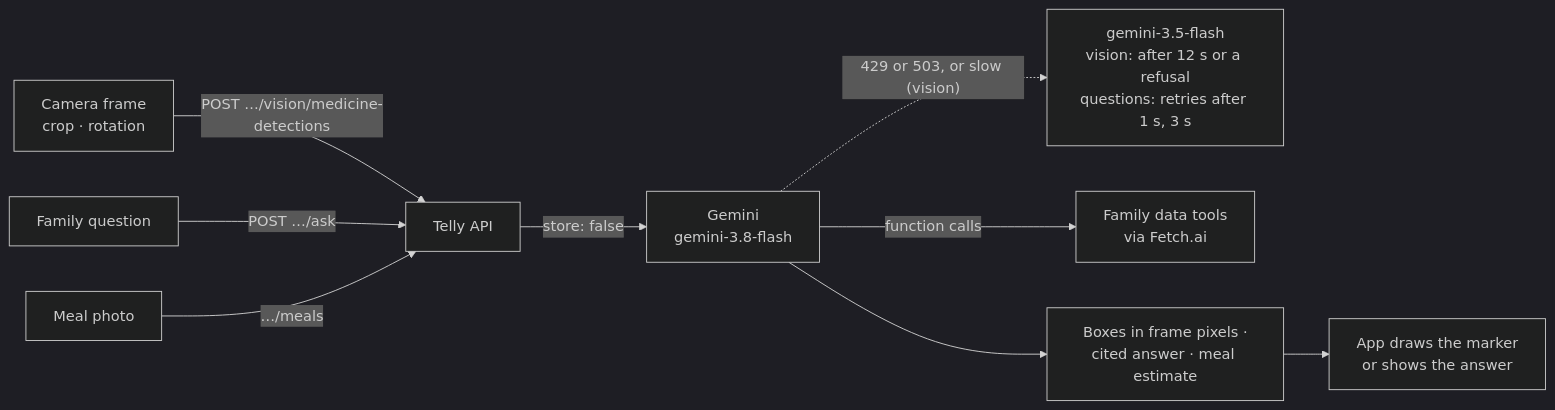
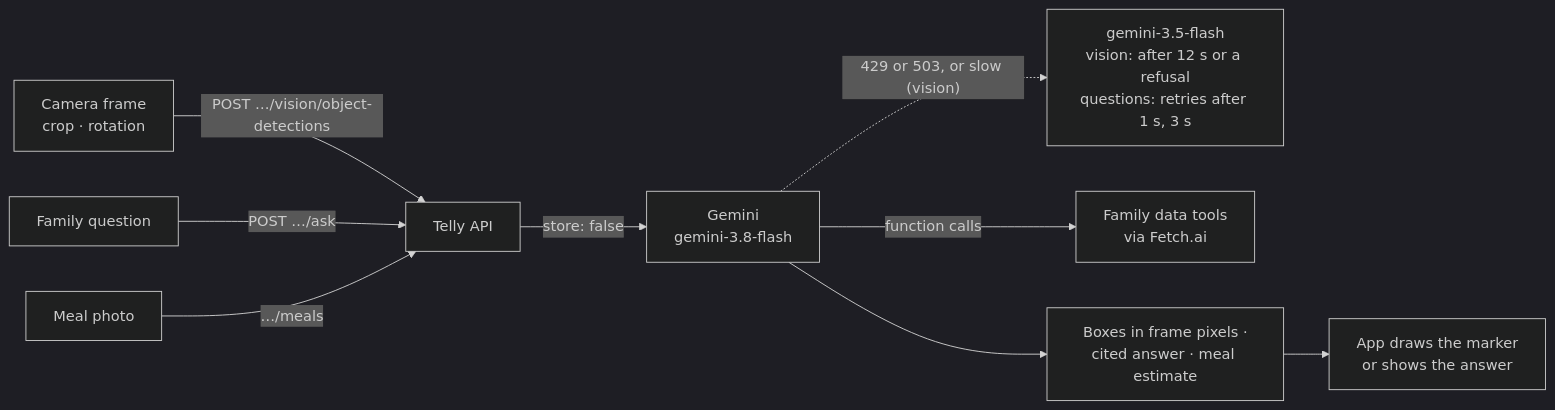
Before and after one commit to 42nights/telly: the second of 13 diagrams in README.md, drawn with Mermaid (dark theme). The commit also changed other lines of this file and 38 other files, not shown here.

````diff
--- a/README.md
+++ b/README.md
@@ -100,11 +100,11 @@
 ```mermaid
 flowchart LR
-    cam["Camera frame<br/>crop · rotation"] -->|"POST …/vision/medicine-detections"| api["Telly API"]
+    cam["Camera frame<br/>crop · rotation"] -->|"POST …/vision/object-detections"| api["Telly API"]
     q["Family question"] -->|"POST …/ask"| api
     meal["Meal photo"] -->|"…/meals"| api
     api -->|"store: false"| gem["Gemini<br/>gemini-3.8-flash"]
     gem -.->|"429 or 503, or slow (vision)"| fb["gemini-3.5-flash<br/>vision: after 12 s or a refusal<br/>questions: retries after 1 s, 3 s"]
     gem -->|"function calls"| tools["Family data tools<br/>via Fetch.ai"]
     gem --> out["Boxes in frame pixels ·<br/>cited answer · meal estimate"]
     out --> app["App draws the marker<br/>or shows the answer"]
 ```
````
